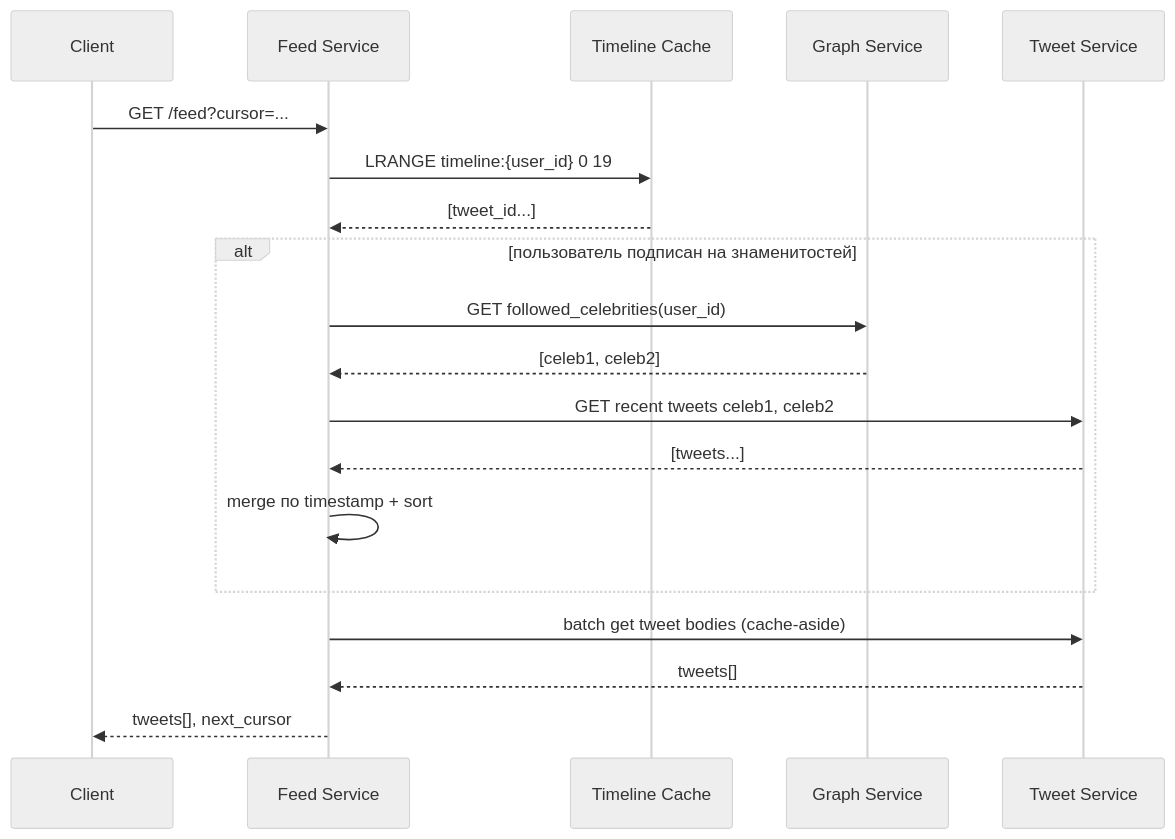
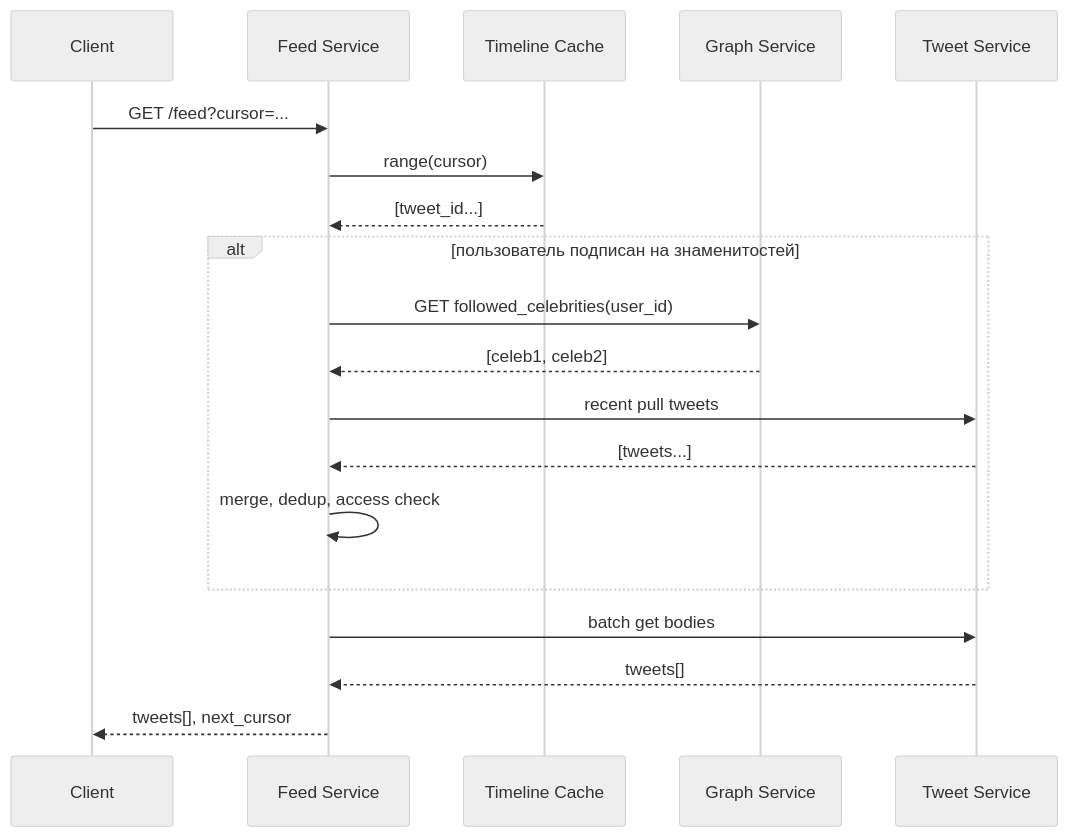
One commit to AlohaJava/system-design-interview-chamkin changed the third of 6 diagrams in 02-case-studies/twitter-feed.md. Above: the diagram before and after it, drawn with Mermaid (neutral theme). The commit also changed other lines of this file and 49 other files, not shown here.

````diff
--- a/02-case-studies/twitter-feed.md
+++ b/02-case-studies/twitter-feed.md
@@ -168,22 +176,22 @@
 ```mermaid
 sequenceDiagram
     participant C as Client
     participant F as Feed Service
     participant R as Timeline Cache
     participant G as Graph Service
     participant T as Tweet Service
 
     C->>F: GET /feed?cursor=...
-    F->>R: LRANGE timeline:{user_id} 0 19
+    F->>R: range(cursor)
     R-->>F: [tweet_id...]
     alt пользователь подписан на знаменитостей
         F->>G: GET followed_celebrities(user_id)
         G-->>F: [celeb1, celeb2]
-        F->>T: GET recent tweets celeb1, celeb2
+        F->>T: recent pull tweets
         T-->>F: [tweets...]
-        F->>F: merge по timestamp + sort
+        F->>F: merge, dedup, access check
     end
-    F->>T: batch get tweet bodies (cache-aside)
+    F->>T: batch get bodies
     T-->>F: tweets[]
     F-->>C: tweets[], next_cursor
 ```
````
